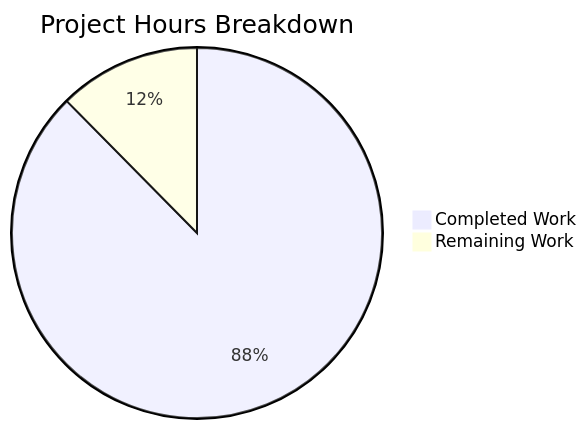
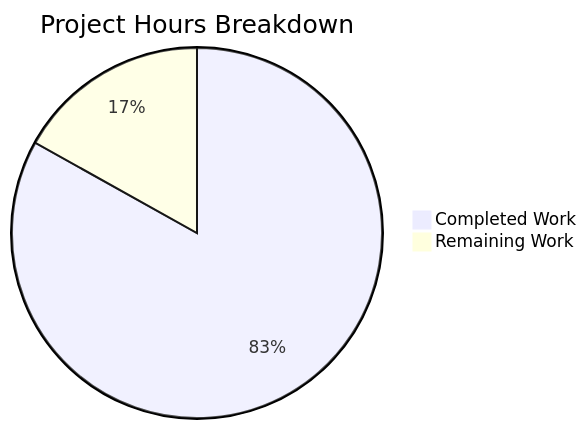
Before and after one commit to Blitzy-Sandbox/blitzy-cal: the second of 2 diagrams in blitzy/documentation/Project Guide.md, drawn with Mermaid. The commit also changed other lines of this file, not shown here.

Commit message:
Adding Blitzy Project Guide: Project Status and Human Tasks Remaining

````diff
--- a/blitzy/documentation/Project Guide.md
+++ b/blitzy/documentation/Project Guide.md
@@ -221,5 +198,5 @@
 ```mermaid
 pie title Project Hours Breakdown
-    "Completed Work" : 106
-    "Remaining Work" : 15
+    "Completed Work" : 118
+    "Remaining Work" : 24
 ```
````
